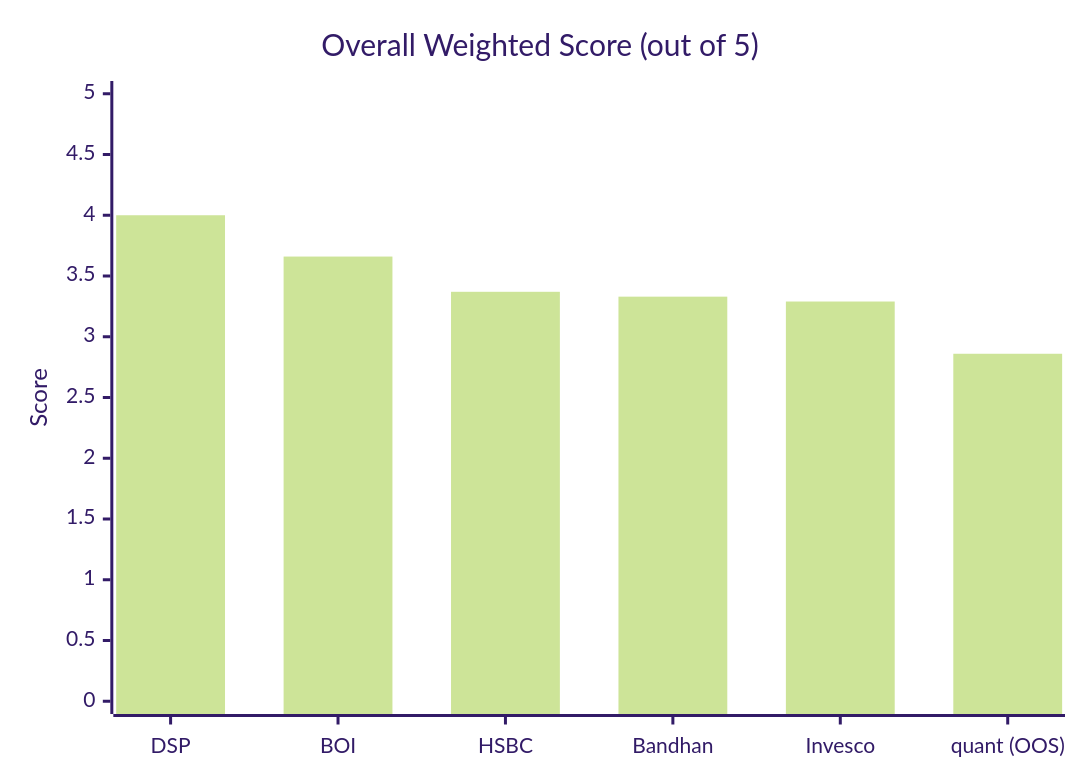
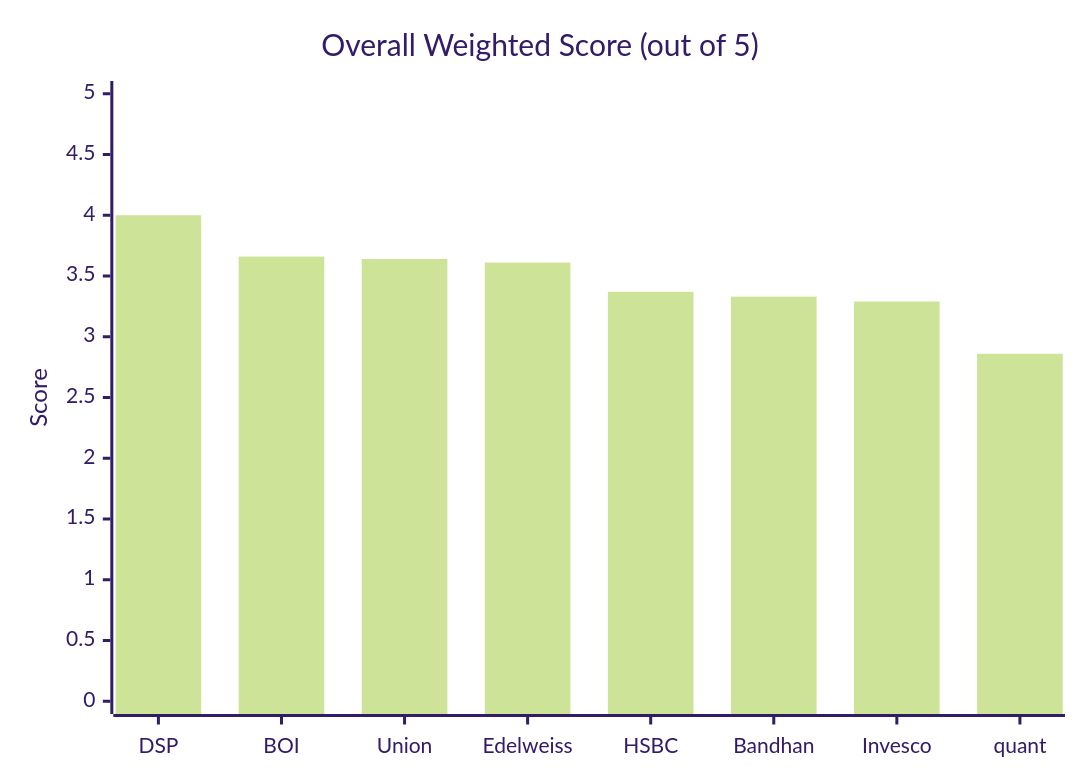
The first of 5 diagrams in Mutual Fund/SmallCap/decision_tree.md (mayankutkarsh334/Investment), drawn with Mermaid (forest theme) before and after one commit. The commit also changed other lines of this file and 13 other files, not shown here.

````diff
--- a/Mutual Fund/SmallCap/decision_tree.md
+++ b/Mutual Fund/SmallCap/decision_tree.md
@@ -11,7 +13,7 @@
 ```mermaid
 xychart-beta
     title "Overall Weighted Score (out of 5)"
-    x-axis ["DSP", "BOI", "HSBC", "Bandhan", "Invesco", "quant (OOS)"]
+    x-axis ["DSP", "BOI", "Union", "Edelweiss", "HSBC", "Bandhan", "Invesco", "quant"]
     y-axis "Score" 0 --> 5
-    bar [4.00, 3.66, 3.37, 3.33, 3.29, 2.86]
+    bar [4.00, 3.66, 3.64, 3.61, 3.37, 3.33, 3.29, 2.86]
 ```
````
